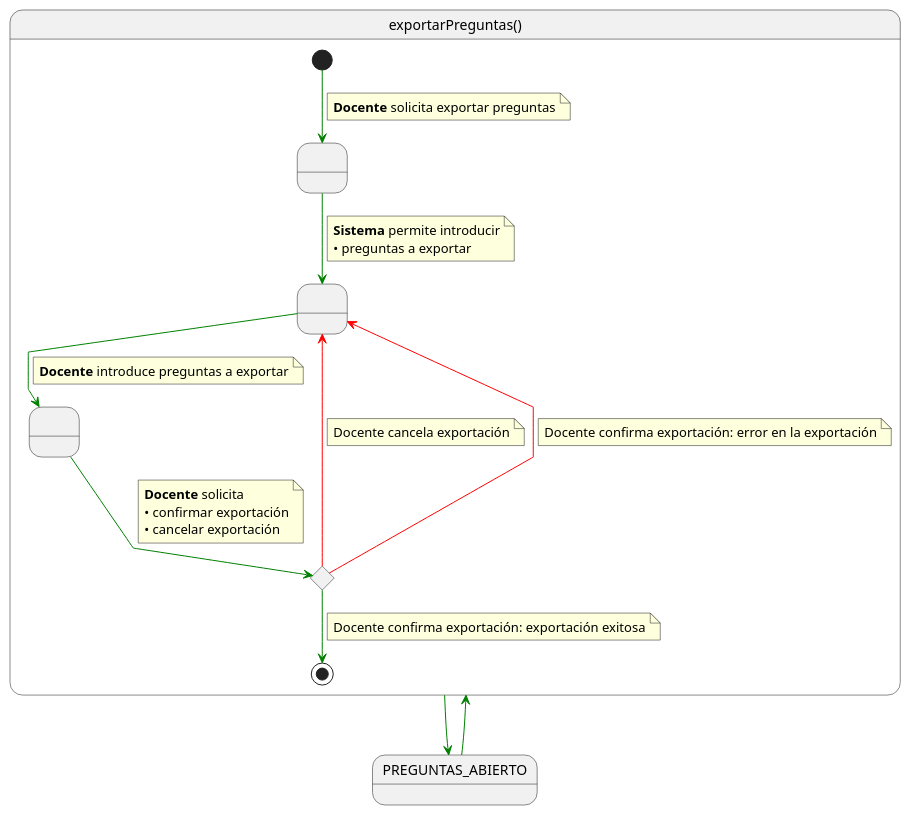
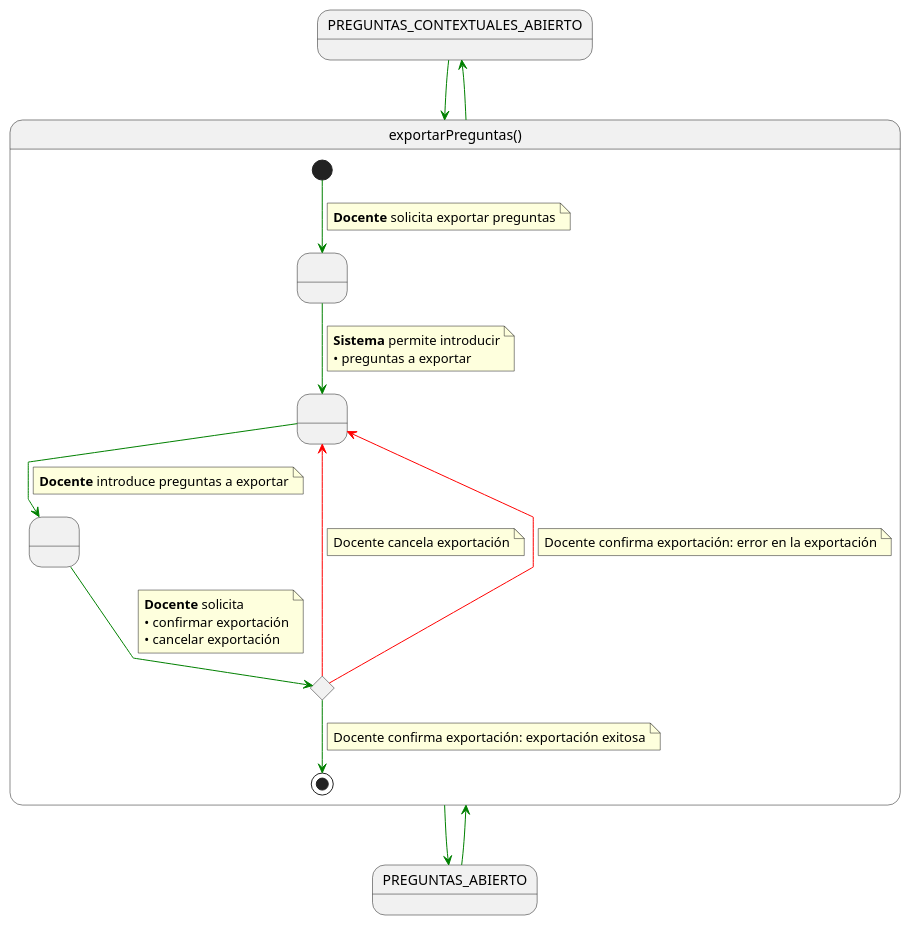
One commit to martinlopez7/25-26-IdSw1-SdR changed the diagram in documents/casos-de-uso/detalladoCasosDeUso/exportarPreguntas/exportarPreguntas.puml. Above: the diagram before and after it, drawn with PlantUML. The commit also changed 5 other files, not shown here.

```diff
--- a/documents/casos-de-uso/detalladoCasosDeUso/exportarPreguntas/exportarPreguntas.puml
+++ b/documents/casos-de-uso/detalladoCasosDeUso/exportarPreguntas/exportarPreguntas.puml
@@ -1,54 +1,61 @@
 @startuml exportarPreguntas
 
 skinparam linetype polyline
+
+state PREGUNTAS_CONTEXTUALES_ABIERTO
 
 state exportarPreguntas as "exportarPreguntas()" {
 
     state " " as RequiringExport
     state " " as ProvidingPreguntas
     state " " as ProvidingConfirmation
     state c <<choice>>
 
     [*] -[#green]-> RequiringExport
     note on link
     <b>Docente</b> solicita exportar preguntas
     end note    
 
     RequiringExport -[#green]-> ProvidingPreguntas
     note on link
     <b>Sistema</b> permite introducir
     • preguntas a exportar
     end note
 
     ProvidingPreguntas -[#green]-> ProvidingConfirmation
     note on link
     <b>Docente</b> introduce preguntas a exportar
     end note
 
     ProvidingConfirmation -[#green]-> c
     note on link
     <b>Docente</b> solicita
     • confirmar exportación
     • cancelar exportación
     end note
 
     c -[#red]-> ProvidingPreguntas
     note on link
     Docente cancela exportación
     end note
 
     c -[#red]-> ProvidingPreguntas
     note on link
     Docente confirma exportación: error en la exportación
     end note
 
     c -[#green]-> [*]
     note on link
     Docente confirma exportación: exportación exitosa
     end note
 }
 
+' Conexiones existentes
 PREGUNTAS_ABIERTO -[#green]-> exportarPreguntas
 exportarPreguntas -[#green]-> PREGUNTAS_ABIERTO
 
+' Conexiones NUEVAS (Contextuales)
+PREGUNTAS_CONTEXTUALES_ABIERTO -[#green]-> exportarPreguntas
+exportarPreguntas -[#green]-> PREGUNTAS_CONTEXTUALES_ABIERTO
+
 @enduml
```
